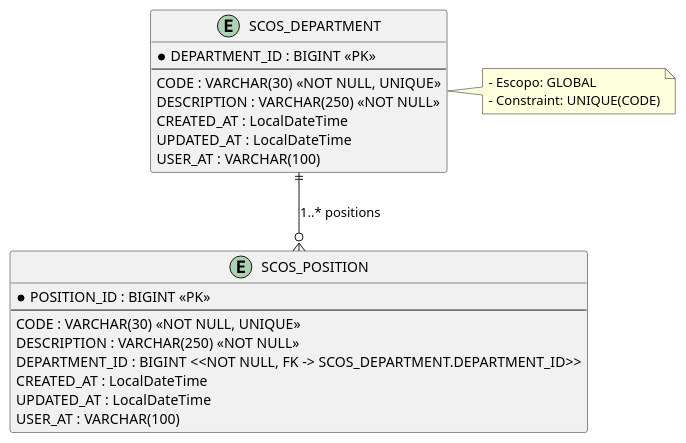
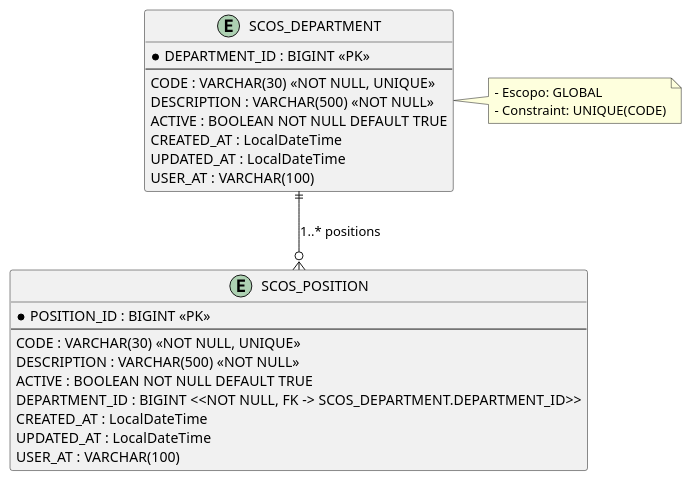
The diagram in etc/database/department-position.puml (SawCunhaOS/SawCunhaOS-Flow), drawn with PlantUML before and after one commit. The commit also changed 135 other files, not shown here.

```diff
--- a/etc/database/department-position.puml
+++ b/etc/database/department-position.puml
@@ -1,30 +1,32 @@
 @startuml
 ' SQL-style ER diagram for Department and Position (database tables)
 entity "SCOS_DEPARTMENT" as SCOS_DEPARTMENT {
   * DEPARTMENT_ID : BIGINT <<PK>>
   --
   CODE : VARCHAR(30) <<NOT NULL, UNIQUE>>
-  DESCRIPTION : VARCHAR(250) <<NOT NULL>>
+  DESCRIPTION : VARCHAR(500) <<NOT NULL>>
+  ACTIVE : BOOLEAN NOT NULL DEFAULT TRUE
   CREATED_AT : LocalDateTime
   UPDATED_AT : LocalDateTime
   USER_AT : VARCHAR(100)
 }
 
 entity "SCOS_POSITION" as SCOS_POSITION {
   * POSITION_ID : BIGINT <<PK>>
   --
   CODE : VARCHAR(30) <<NOT NULL, UNIQUE>>
-  DESCRIPTION : VARCHAR(250) <<NOT NULL>>
+  DESCRIPTION : VARCHAR(500) <<NOT NULL>>
+  ACTIVE : BOOLEAN NOT NULL DEFAULT TRUE
   DEPARTMENT_ID : BIGINT <<NOT NULL, FK -> SCOS_DEPARTMENT.DEPARTMENT_ID>>
   CREATED_AT : LocalDateTime
   UPDATED_AT : LocalDateTime
   USER_AT : VARCHAR(100)
 }
 
 SCOS_DEPARTMENT ||--o{ SCOS_POSITION : "1..* positions"
 
 note right of SCOS_DEPARTMENT
   - Escopo: GLOBAL
   - Constraint: UNIQUE(CODE)
 end note
 @enduml
```
